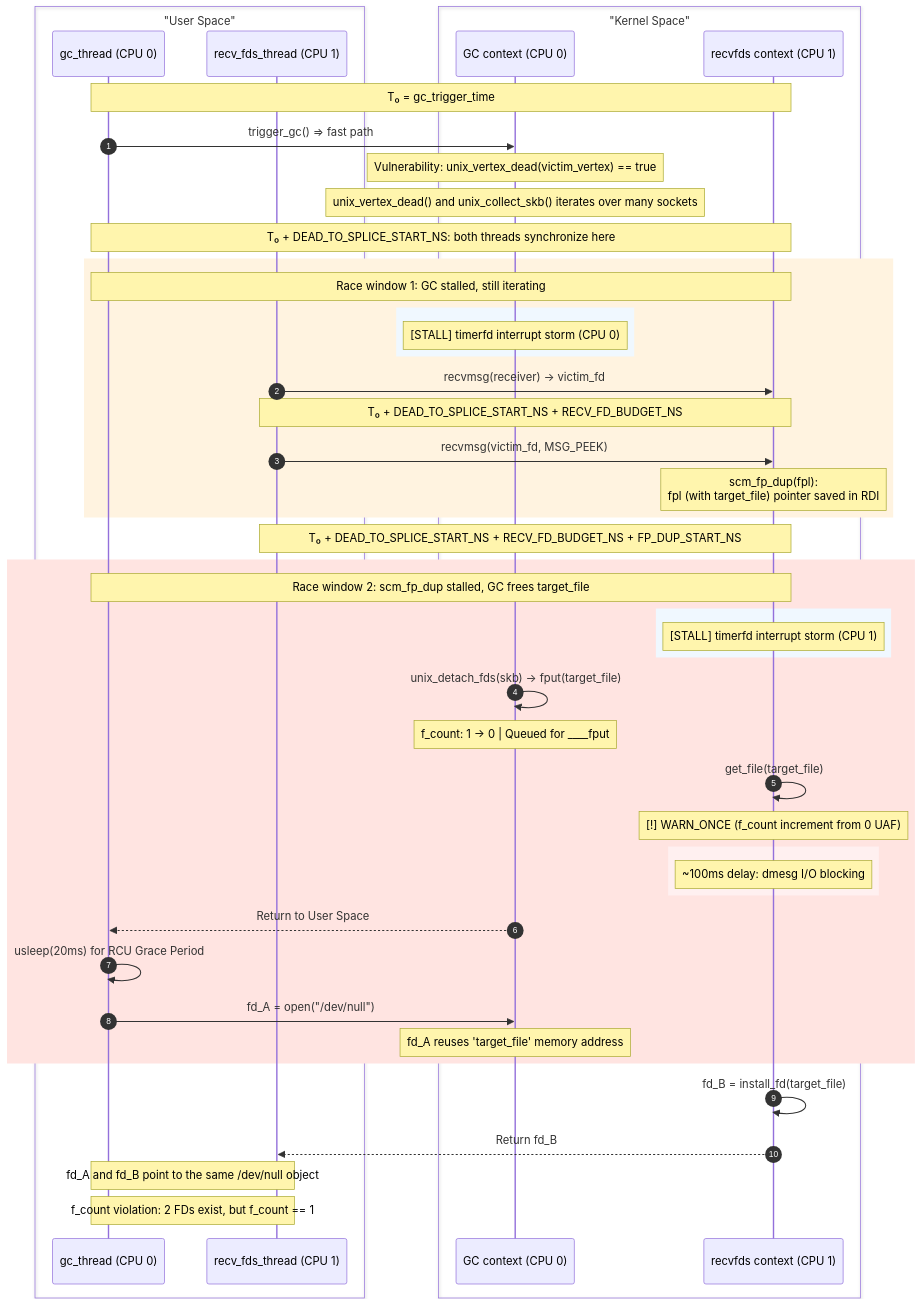
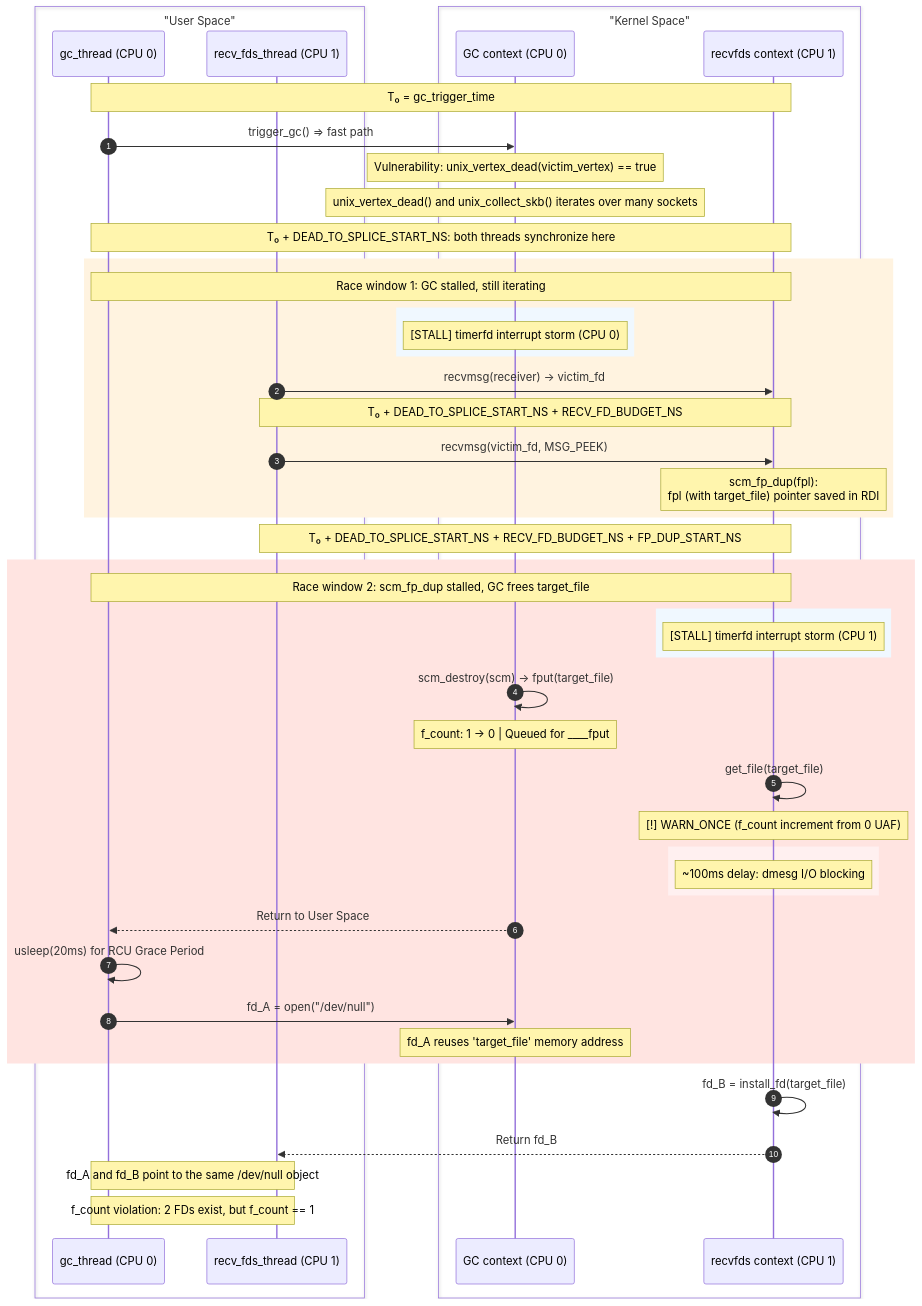
The diagram in pocs/linux/kernelctf/CVE-2025-40214_mitigation/docs/exploit.md (google/security-research), drawn with Mermaid before and after one commit. The commit also changed other lines of this file and 1 other file, not shown here.

````diff
--- a/pocs/linux/kernelctf/CVE-2025-40214_mitigation/docs/exploit.md
+++ b/pocs/linux/kernelctf/CVE-2025-40214_mitigation/docs/exploit.md
@@ -316,76 +315,76 @@
 ```mermaid
 ---
 config:
   theme: mc
 ---
 sequenceDiagram
     participant T1
     participant T2
     participant K1
     participant K2
     autonumber
     box "User Space" #f9f9f9
     participant T1 as gc_thread (CPU 0)
     participant T2 as recv_fds_thread (CPU 1)
     end
     box "Kernel Space" #e1f5fe
     participant K1 as GC context (CPU 0)
     participant K2 as recvfds context (CPU 1)
     end
 
     Note over T1, K2: T₀ = gc_trigger_time
 
     T1->>K1: trigger_gc() => fast path
     Note over K1: Vulnerability: unix_vertex_dead(victim_vertex) == true
     Note over K1: unix_vertex_dead() and unix_collect_skb() iterates over many sockets
 
     Note over T1, K2: T₀ + DEAD_TO_SPLICE_START_NS: both threads synchronize here
 
     rect rgb(255, 243, 224)
     Note over T1, K2: Race window 1: GC stalled, still iterating
 
     rect rgb(240, 248, 255)
     Note over K1: [STALL] timerfd interrupt storm (CPU 0)
     end
 
     T2->>K2: recvmsg(receiver) -> victim_fd
 
     Note over T2, K2: T₀ + DEAD_TO_SPLICE_START_NS + RECV_FD_BUDGET_NS
 
     T2->>K2: recvmsg(victim_fd, MSG_PEEK)
     Note over K2: scm_fp_dup(fpl):<br/>fpl (with target_file) pointer saved in RDI
 
     end
 
     Note over T2, K2: T₀ + DEAD_TO_SPLICE_START_NS + RECV_FD_BUDGET_NS + FP_DUP_START_NS
 
     rect rgb(255, 228, 225)
     Note over T1, K2: Race window 2: scm_fp_dup stalled, GC frees target_file
 
     rect rgb(240, 248, 255)
     Note over K2: [STALL] timerfd interrupt storm (CPU 1)
     end
 
-    K1->>K1: unix_detach_fds(skb) -> fput(target_file)
+    K1->>K1: scm_destroy(scm) -> fput(target_file)
     Note over K1: f_count: 1 -> 0 | Queued for ____fput
 
     K2->>K2: get_file(target_file)
     Note over K2: [!] WARN_ONCE (f_count increment from 0 UAF)
 
     rect rgb(255, 240, 240)
     Note over K2: ~100ms delay: dmesg I/O blocking
     end
 
     K1-->>T1: Return to User Space
     T1->>T1: usleep(20ms) for RCU Grace Period
 
     T1->>K1: fd_A = open("/dev/null")
     Note over K1: fd_A reuses 'target_file' memory address
 
     end
 
     K2->>K2: fd_B = install_fd(target_file)
     K2-->>T2: Return fd_B
     Note over T1, T2: fd_A and fd_B point to the same /dev/null object
     Note over T1, T2: f_count violation: 2 FDs exist, but f_count == 1
 ```
````
